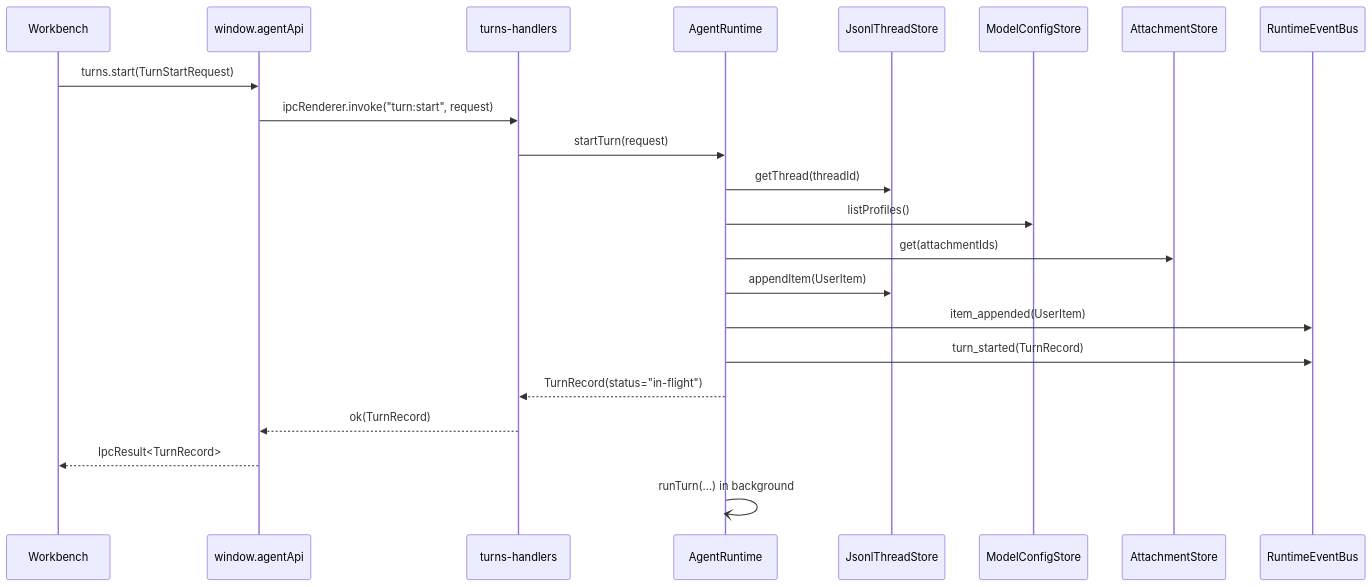
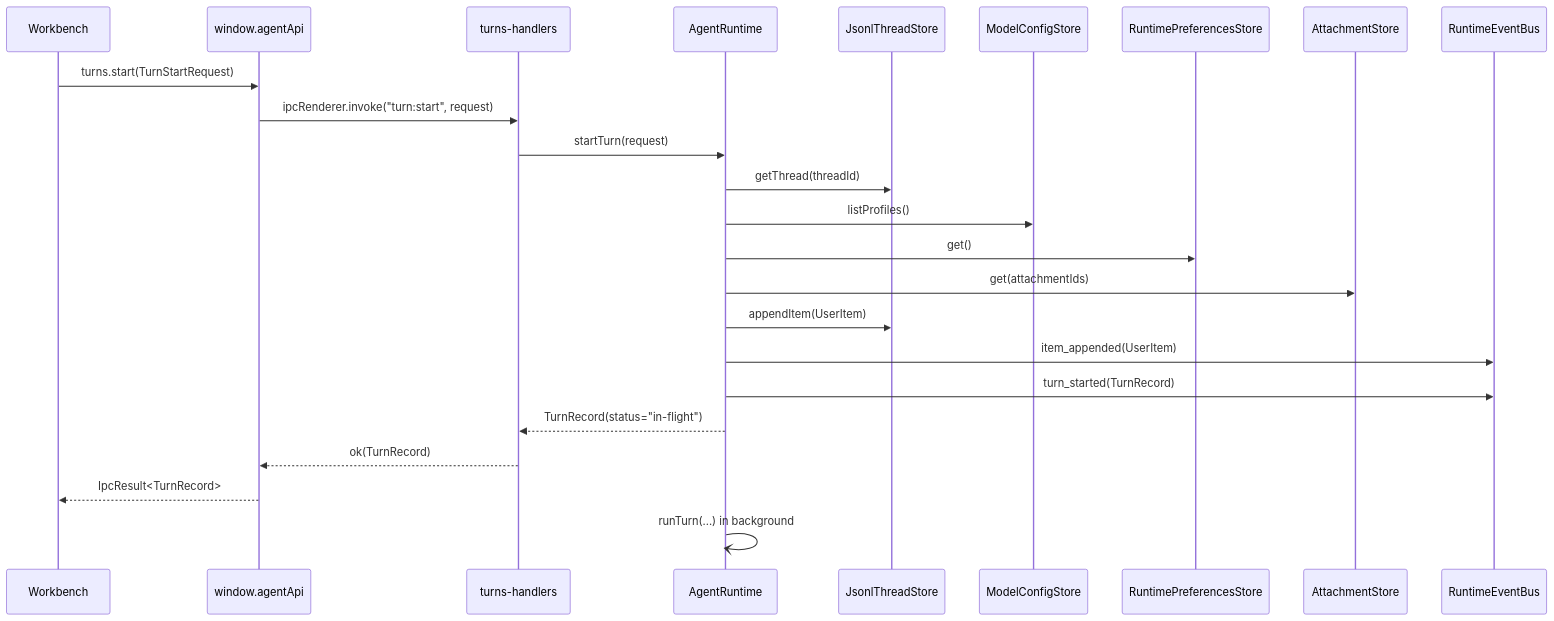
The second of 7 diagrams in docs/runtime-flow.md (dp-sudo/agent-pyramid-desktop), drawn with Mermaid before and after one commit. The commit also changed other lines of this file and 53 other files, not shown here.

````diff
--- a/docs/runtime-flow.md
+++ b/docs/runtime-flow.md
@@ -63,25 +65,27 @@
 ```mermaid
 sequenceDiagram
   participant UI as Workbench
   participant API as window.agentApi
   participant IPC as turns-handlers
   participant RT as AgentRuntime
   participant Store as JsonlThreadStore
   participant Config as ModelConfigStore
+  participant Prefs as RuntimePreferencesStore
   participant Att as AttachmentStore
   participant Bus as RuntimeEventBus
 
   UI->>API: turns.start(TurnStartRequest)
   API->>IPC: ipcRenderer.invoke("turn:start", request)
   IPC->>RT: startTurn(request)
   RT->>Store: getThread(threadId)
   RT->>Config: listProfiles()
+  RT->>Prefs: get()
   RT->>Att: get(attachmentIds)
   RT->>Store: appendItem(UserItem)
   RT->>Bus: item_appended(UserItem)
   RT->>Bus: turn_started(TurnRecord)
   RT-->>IPC: TurnRecord(status="in-flight")
   IPC-->>API: ok(TurnRecord)
   API-->>UI: IpcResult<TurnRecord>
   RT-)RT: runTurn(...) in background
 ```
````
